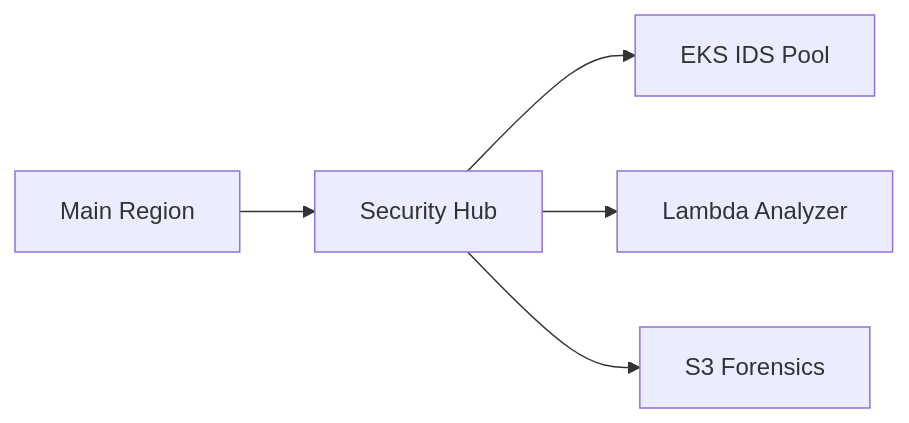
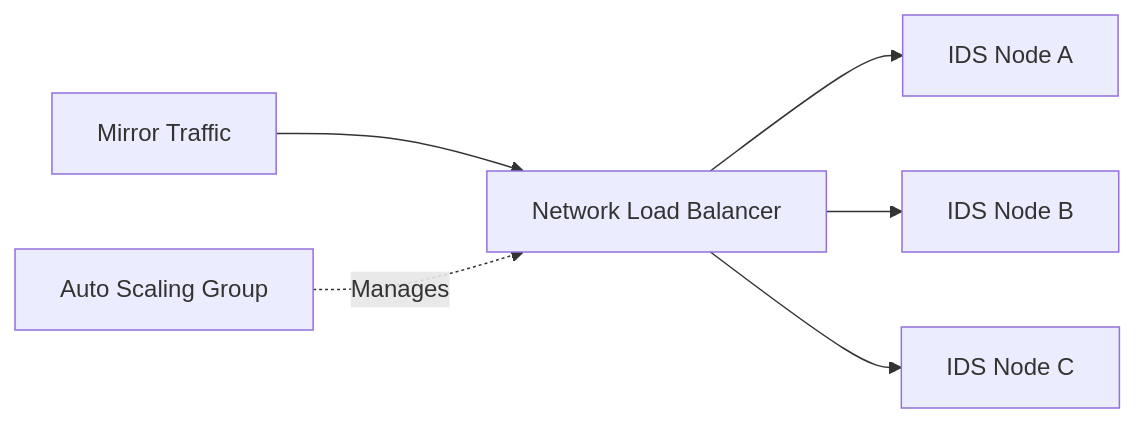
Before and after one commit to Devopstrio/traffic-mirroring-for-ids: the fifth of 10 diagrams in README.md, drawn with Mermaid. The commit also changed other lines of this file, not shown here.

Commit message:
docs: implement 10+ professional architecture diagrams for network threat visibility

````diff
--- a/README.md
+++ b/README.md
@@ -112,7 +176,8 @@
 ```mermaid
 graph LR
-    Region[Main Region] --> Hub[Security Hub]
-    Hub --> S1[EKS IDS Pool]
-    Hub --> S2[Lambda Analyzer]
-    Hub --> S3[S3 Forensics]
+    MirrorStream[Mirror Traffic] --> NLB[Network Load Balancer]
+    NLB --> Node1[IDS Node A]
+    NLB --> Node2[IDS Node B]
+    NLB --> Node3[IDS Node C]
+    ASG[Auto Scaling Group] -.->|Manages| NLB
 ```
````
